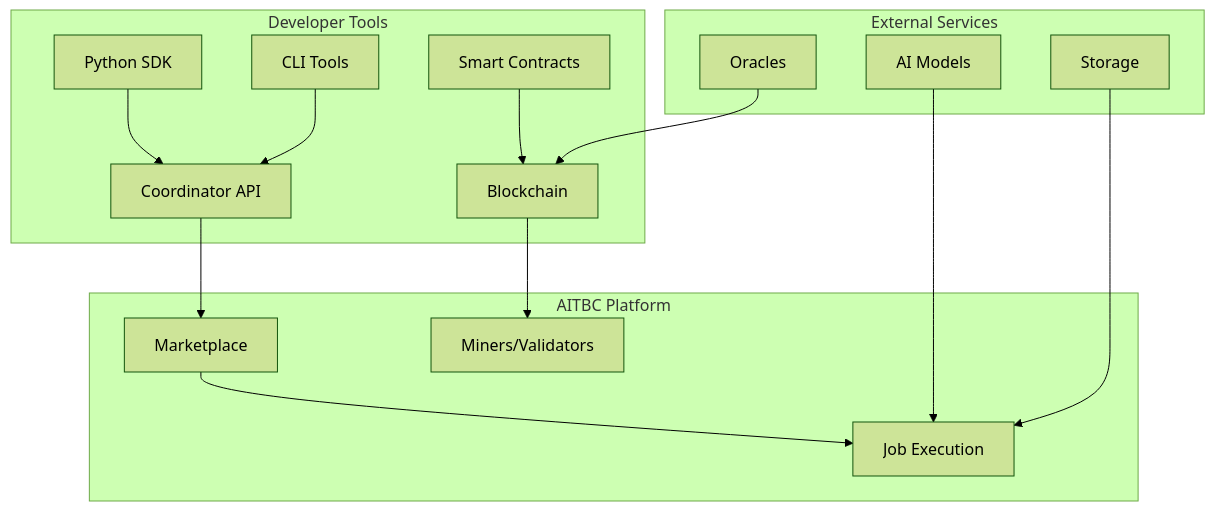
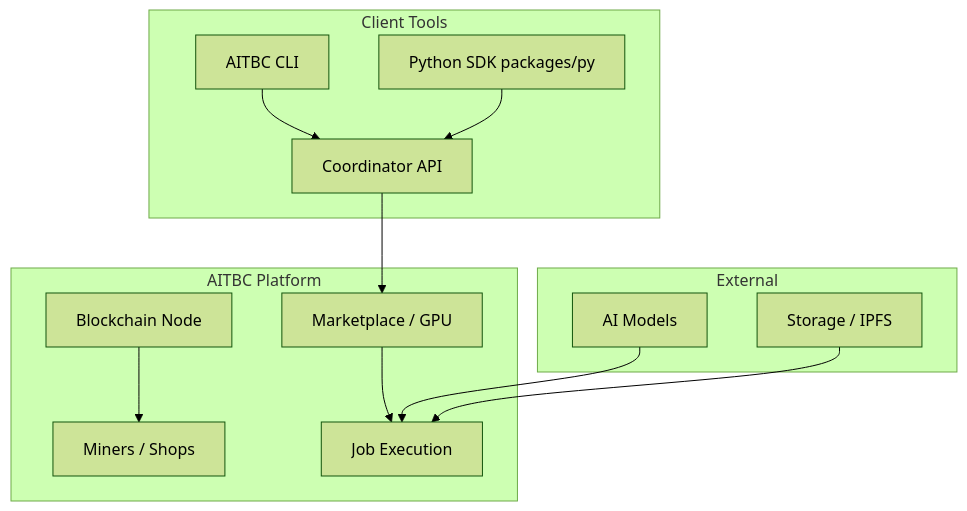
The diagram in docs/development/1_overview.md (oib/AITBC), drawn with Mermaid (forest theme) before and after one commit. The commit also changed other lines of this file and 3 other files, not shown here.

First line of the commit message:
docs(docs): refresh quick reference, agent coordinator CLI, and developer overview

````diff
--- a/docs/development/1_overview.md
+++ b/docs/development/1_overview.md
@@ -34,20 +41,18 @@
 ```mermaid
 graph TB
-    subgraph "Developer Tools"
-        A[Python SDK] --> E[Coordinator API]
-        B[CLI Tools] --> E
-        C[Smart Contracts] --> F[Blockchain]
+    subgraph "Client Tools"
+        A[AITBC CLI] --> E[Coordinator API]
+        B[Python SDK packages/py] --> E
     end
 
     subgraph "AITBC Platform"
-        E --> G[Marketplace]
-        F --> H[Miners/Validators]
+        E --> G[Marketplace / GPU]
+        F[Blockchain Node] --> H[Miners / Shops]
         G --> I[Job Execution]
     end
 
-    subgraph "External Services"
+    subgraph "External"
         J[AI Models] --> I
-        K[Storage] --> I
-        L[Oracles] --> F
+        K[Storage / IPFS] --> I
     end
 ```
````
